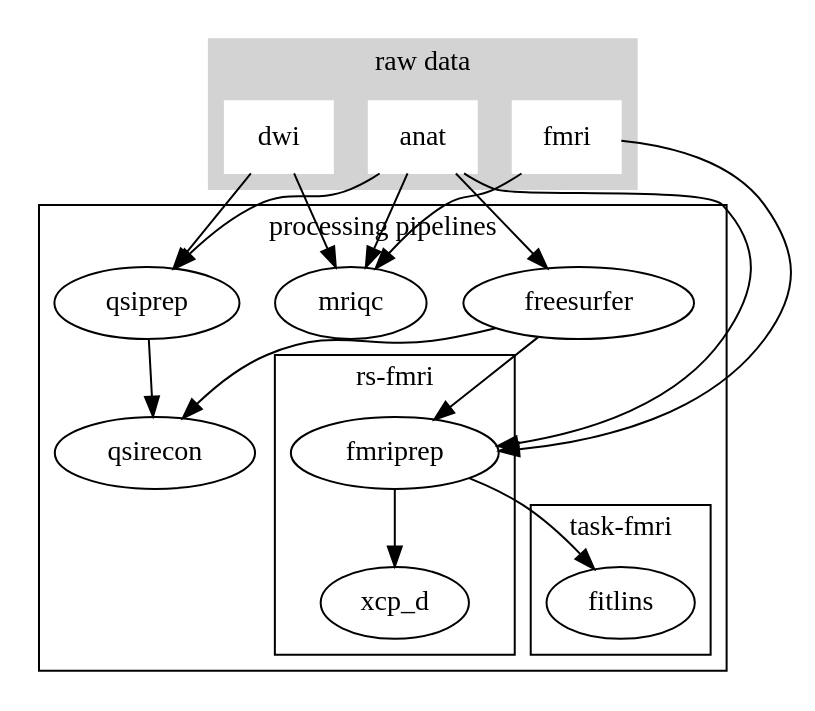
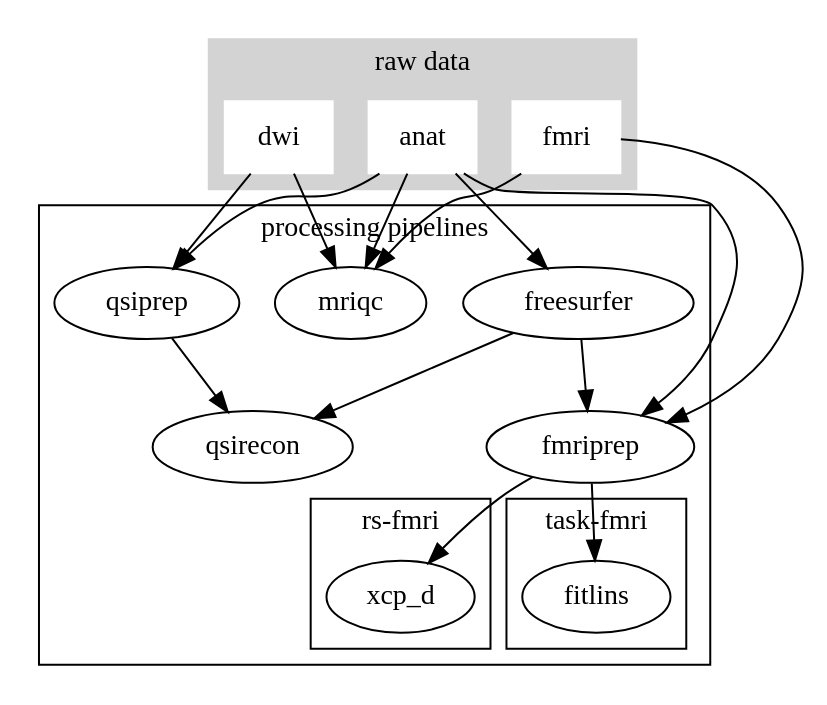
Before and after one commit to psychmedImaging/rtd-psykserver: the diagram in docs/source/UPPMAX.rst, drawn with Graphviz.

```diff
--- a/docs/source/UPPMAX.rst
+++ b/docs/source/UPPMAX.rst
@@ -12,35 +12,37 @@
 .. graphviz::
 
    digraph {
       subgraph cluster0 {
          node [style=filled,color=white];
          style=filled;
          color=lightgrey;
          "anat" [shape=box];
          "dwi" [shape=box];
          "fmri" [shape=box];
          label = "raw data";
       }
       subgraph cluster1 {
          "anat" -> "mriqc";
          "dwi" -> "mriqc";
          "fmri" -> "mriqc";
          "fmri" -> "fmriprep";
          "anat" -> "fmriprep";
          "anat" -> "qsiprep";
          "anat" -> "freesurfer";
          "dwi" -> "qsiprep";
          "qsiprep" -> "qsirecon";
          subgraph cluster2 {
-            "fmriprep" -> "xcp_d";
+            "xcp_d";
             label = "rs-fmri";
          }
+         "fmriprep" -> "xcp_d";
          "freesurfer" -> "fmriprep";
          "freesurfer" -> "qsirecon";
          subgraph cluster3 {
-            "fmriprep" -> "fitlins";
+            "fitlins";
             label = "task-fmri";
          }
+         "fmriprep" -> "fitlins";
          label = "processing pipelines";
       }
    }
```
